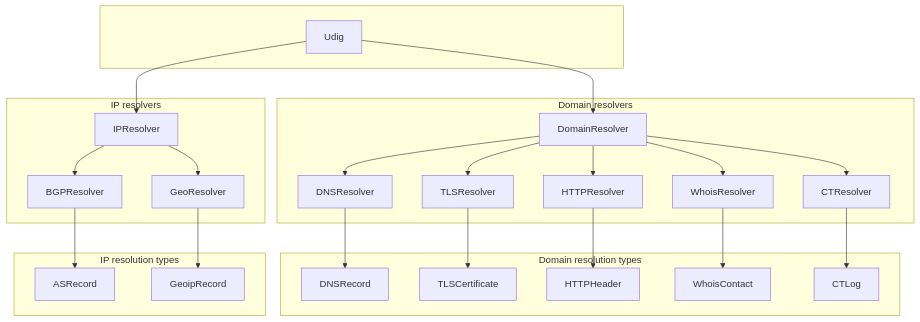
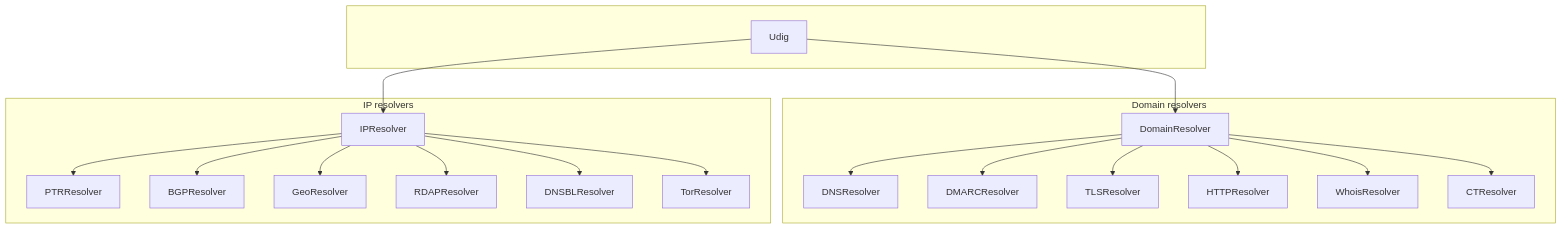
Before and after one commit to netrixone/udig: the diagram in DEVELOPMENT.md, drawn with Mermaid. The commit also changed other lines of this file and 13 other files, not shown here.

Commit message:
feat: add Tor exit node and DNSBL (spamlist) resolvers

````diff
--- a/DEVELOPMENT.md
+++ b/DEVELOPMENT.md
@@ -73,46 +95,30 @@
 ```mermaid
 flowchart TB
   subgraph facade[" "]
     Udig[Udig]
   end
 
   subgraph domain["Domain resolvers"]
     DR[DomainResolver]
     DNS[DNSResolver]
+    DMARC[DMARCResolver]
     TLS[TLSResolver]
     HTTP[HTTPResolver]
     WHOIS[WhoisResolver]
     CT[CTResolver]
   end
 
-  subgraph domain_out["Domain resolution types"]
-    DNSRecord[DNSRecord]
-    TLSCert[TLSCertificate]
-    Header[HTTPHeader]
-    Contact[WhoisContact]
-    CTLog[CTLog]
+  subgraph ip["IP resolvers"]
+    IR[IPResolver]
+    PTR[PTRResolver]
+    BGP[BGPResolver]
+    Geo[GeoResolver]
+    RDAP[RDAPResolver]
+    DNSBL[DNSBLResolver]
+    Tor[TorResolver]
   end
 
-  subgraph ip["IP resolvers"]
-    IR[IPResolver]
-    BGP[BGPResolver]
-    Geo[GeoResolver]
-  end
-
-  subgraph ip_out["IP resolution types"]
-    ASRecord[ASRecord]
-    GeoRecord[GeoipRecord]
-  end
-
-  Udig --> DR
-  Udig --> IR
-  DR --> DNS & TLS & HTTP & WHOIS & CT
-  DNS --> DNSRecord
-  TLS --> TLSCert
-  HTTP --> Header
-  WHOIS --> Contact
-  CT --> CTLog
-  IR --> BGP & Geo
-  BGP --> ASRecord
-  Geo --> GeoRecord
+  Udig --> DR & IR
+  DR --> DNS & DMARC & TLS & HTTP & WHOIS & CT
+  IR --> PTR & BGP & Geo & RDAP & DNSBL & Tor
 ```
````
